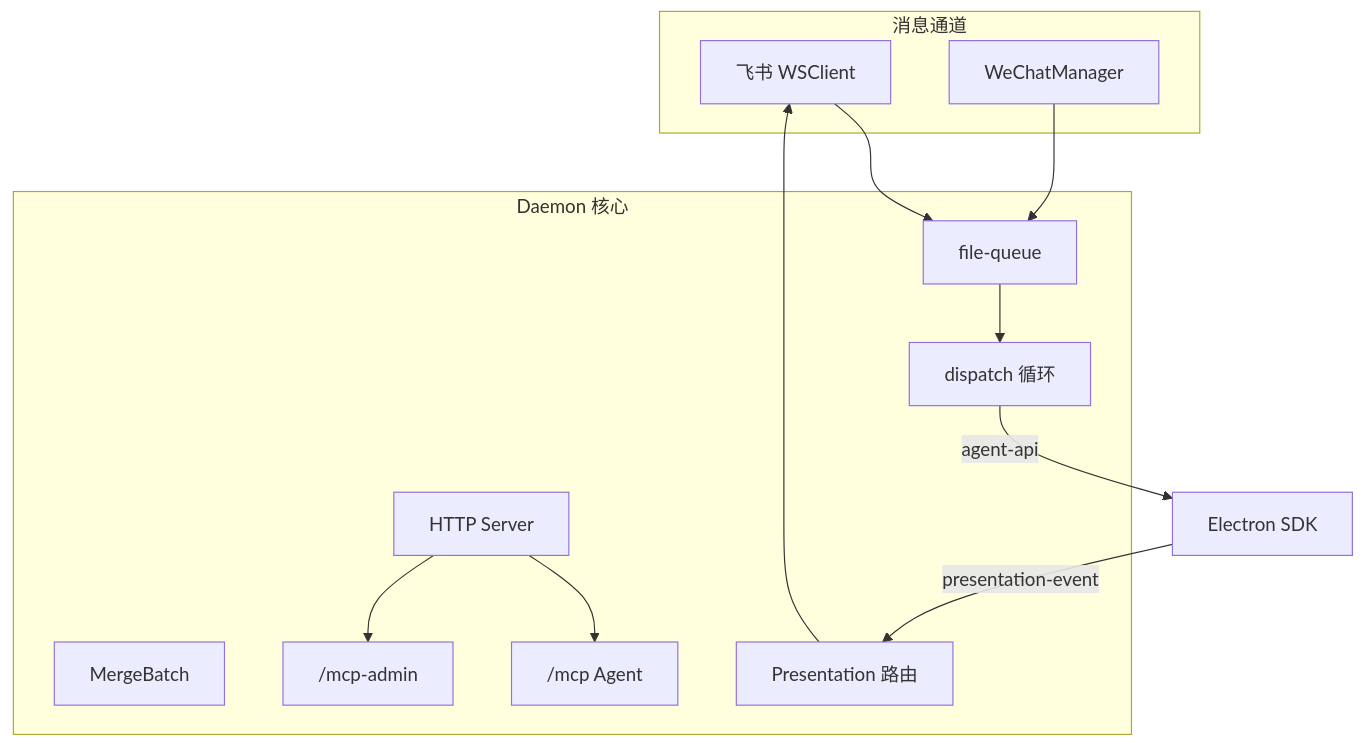
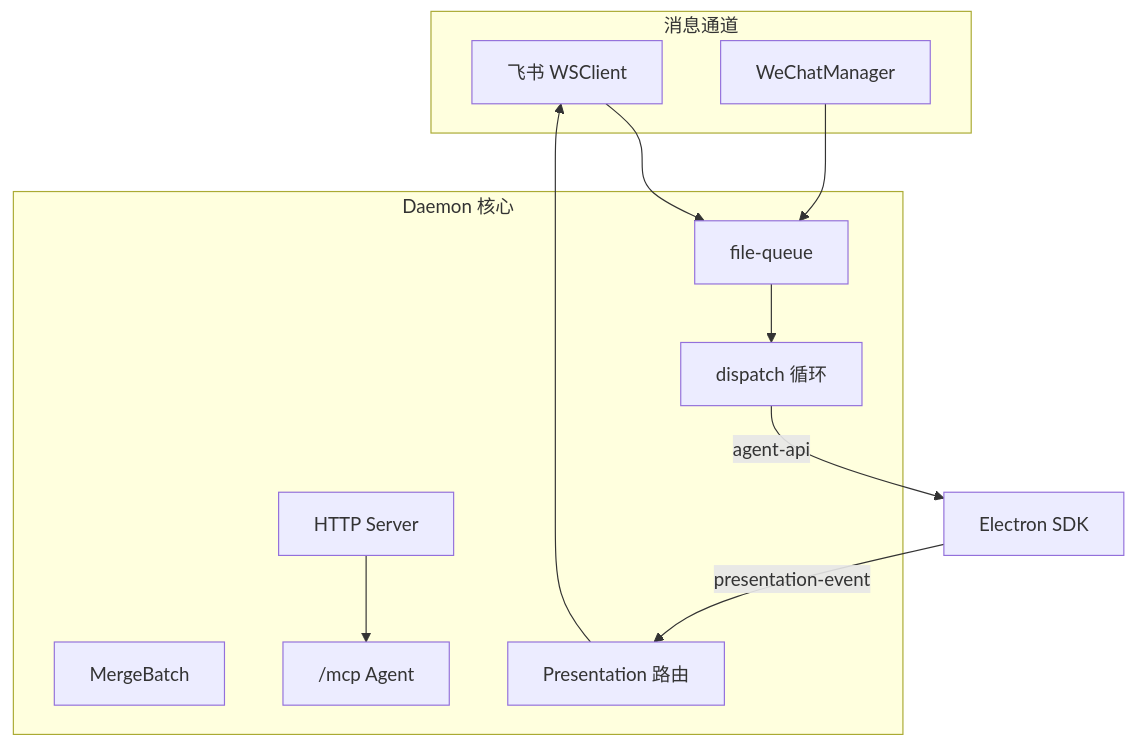
One commit to suveng/cursor-claw changed the first of 3 diagrams in knowledge/工程平台/Daemon守护进程/01-概览.md. Above: the diagram before and after it, drawn with Mermaid. The commit also changed other lines of this file and 20 other files, not shown here.

````diff
--- a/knowledge/工程平台/Daemon守护进程/01-概览.md
+++ b/knowledge/工程平台/Daemon守护进程/01-概览.md
@@ -9,24 +9,22 @@
 ```mermaid
 flowchart TB
   subgraph channels [消息通道]
     FS[飞书 WSClient]
     WX[WeChatManager]
   end
   subgraph core [Daemon 核心]
     FQ[file-queue]
     MB[MergeBatch]
     PE[Presentation 路由]
     DIS[dispatch 循环]
     HTTP[HTTP Server]
     MCP1["/mcp Agent"]
-    MCP2["/mcp-admin"]
   end
   FS --> FQ
   WX --> FQ
   FQ --> DIS
   DIS -->|agent-api| EP[Electron SDK]
   EP -->|presentation-event| PE
   PE --> FS
   HTTP --> MCP1
-  HTTP --> MCP2
 ```
````
